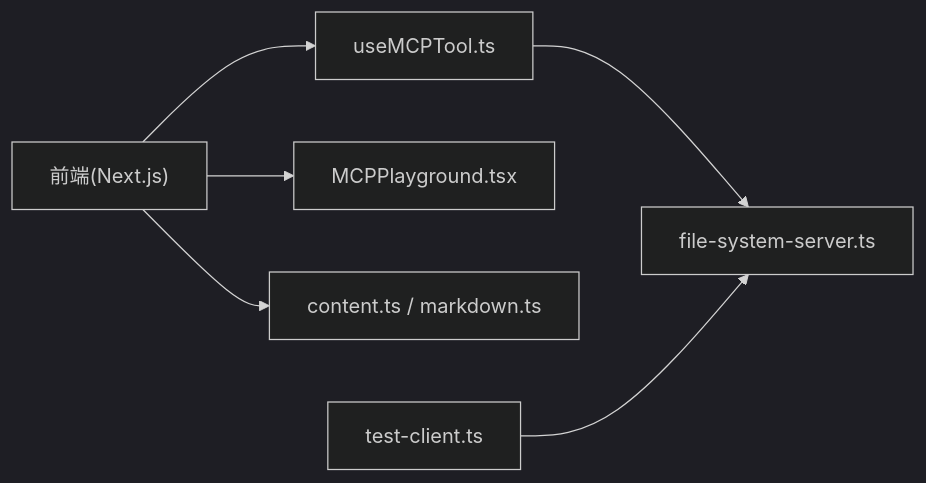
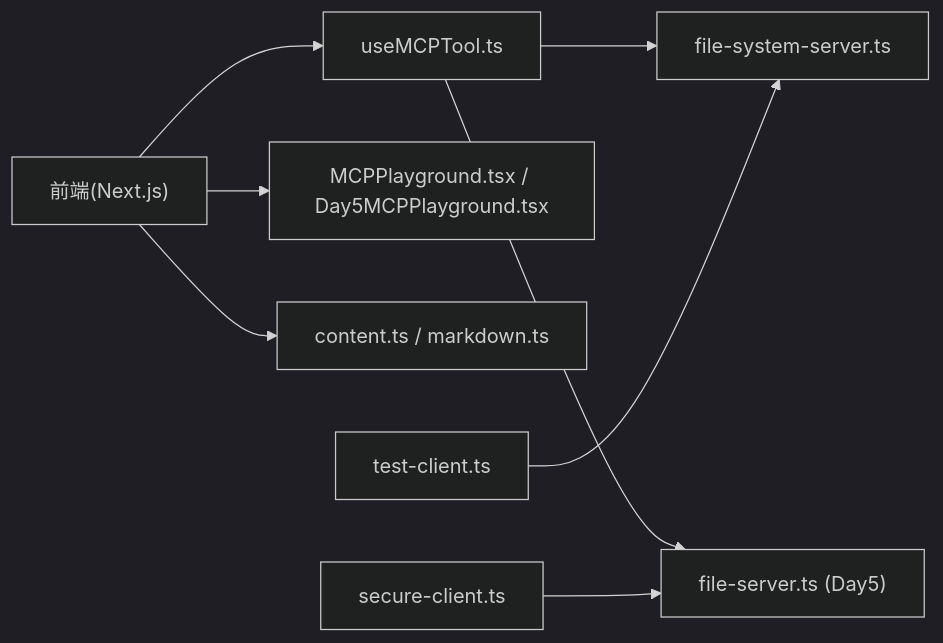
One commit to Leslie-Chuan/classic-example changed the seventh of 7 diagrams in .qoder/repowiki/zh/content/项目概览.md. Above: the diagram before and after it, drawn with Mermaid (dark theme). The commit also changed other lines of this file and 49 other files, not shown here.

````diff
--- a/.qoder/repowiki/zh/content/项目概览.md
+++ b/.qoder/repowiki/zh/content/项目概览.md
@@ -297,8 +348,10 @@
 ```mermaid
 graph LR
 FE["前端(Next.js)"] --> Hook["useMCPTool.ts"]
-FE --> Comp["MCPPlayground.tsx"]
+FE --> Comp["MCPPlayground.tsx / Day5MCPPlayground.tsx"]
 FE --> Lib["content.ts / markdown.ts"]
 Hook --> DemoSrv["file-system-server.ts"]
+Hook --> SecDemoSrv["file-server.ts (Day5)"]
 TestCL["test-client.ts"] --> DemoSrv
+SecTestCL["secure-client.ts"] --> SecDemoSrv
 ```
````
